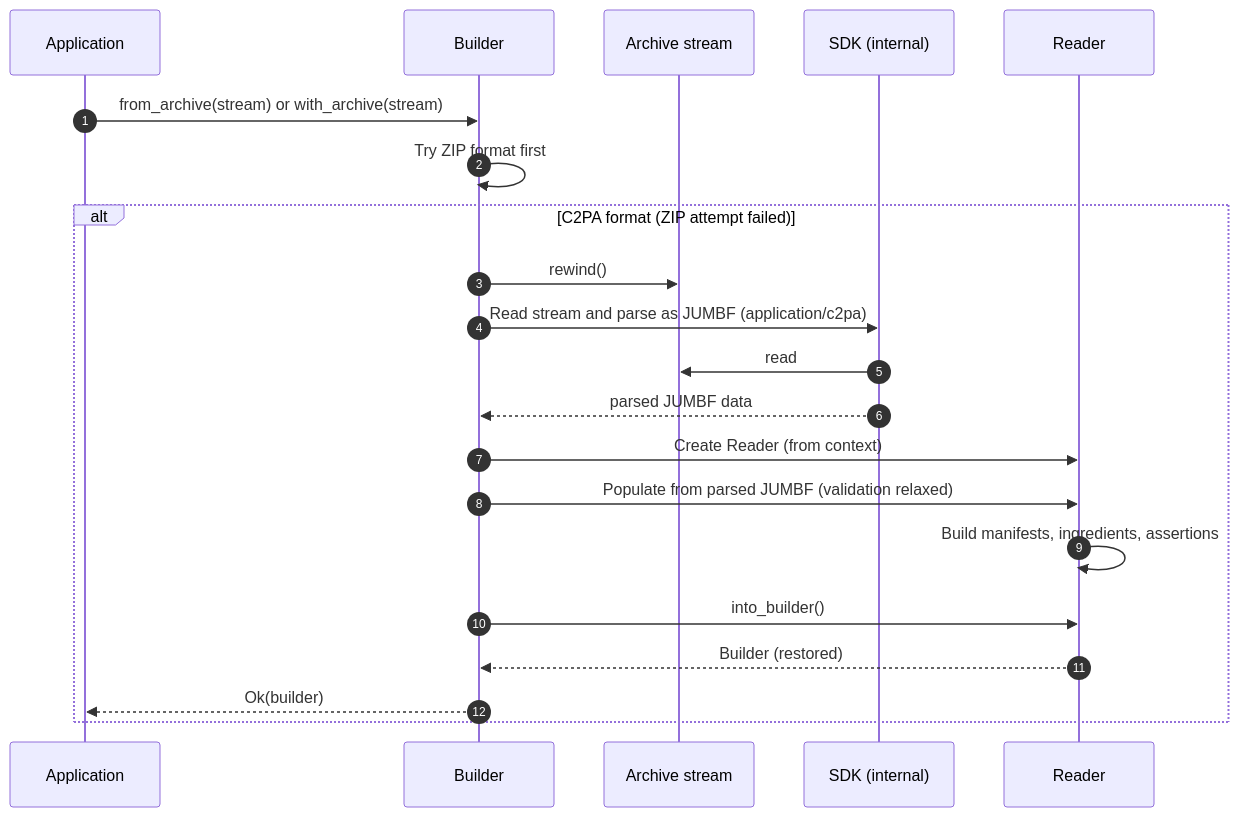
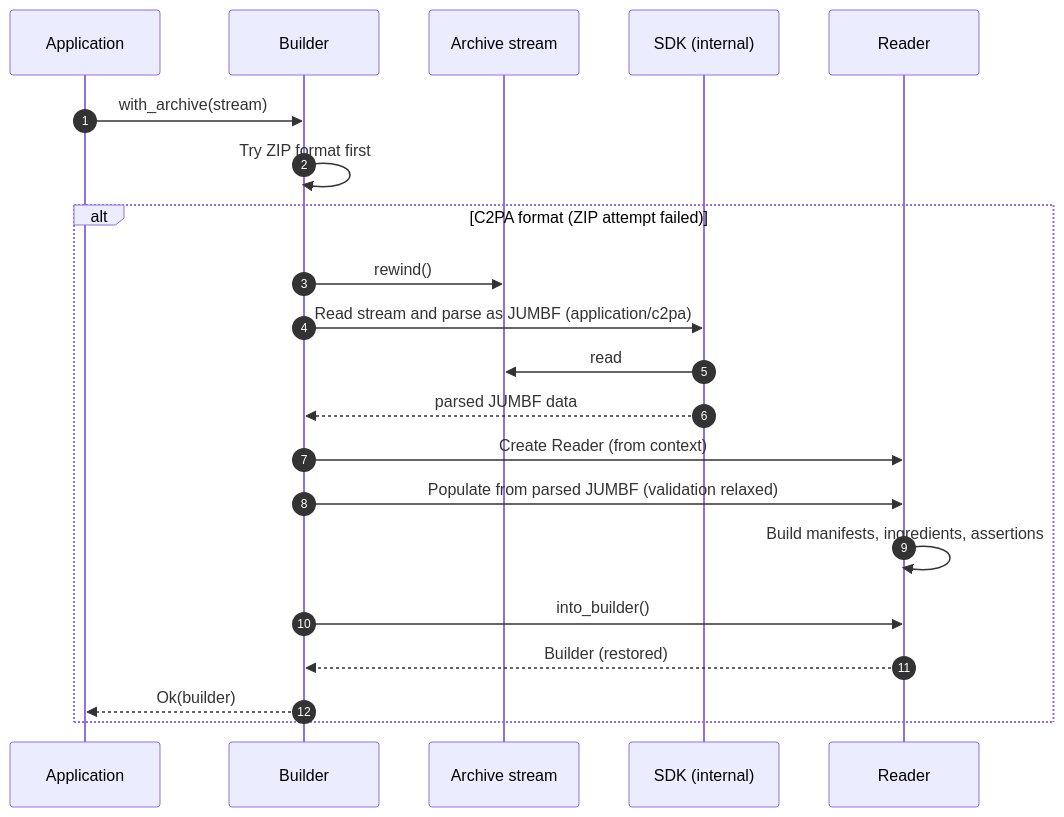
One commit to contentauth/c2pa-rs changed the second of 2 diagrams in docs/working-stores.md. Above: the diagram before and after it, drawn with Mermaid. The commit also changed other lines of this file and 23 other files, not shown here.

````diff
--- a/docs/working-stores.md
+++ b/docs/working-stores.md
@@ -102,24 +102,24 @@
 ```mermaid
 sequenceDiagram
     autonumber
     participant App as Application
     participant Builder as Builder
     participant ArchiveStream as Archive stream
     participant Internal as SDK (internal)
     participant Reader as Reader
 
-    App->>Builder: from_archive(stream) or with_archive(stream)
+    App->>Builder: with_archive(stream)
     Builder->>Builder: Try ZIP format first
     alt C2PA format (ZIP attempt failed)
         Builder->>ArchiveStream: rewind()
         Builder->>Internal: Read stream and parse as JUMBF (application/c2pa)
         Internal->>ArchiveStream: read
         Internal-->>Builder: parsed JUMBF data
         Builder->>Reader: Create Reader (from context)
         Builder->>Reader: Populate from parsed JUMBF (validation relaxed)
         Reader->>Reader: Build manifests, ingredients, assertions
         Builder->>Reader: into_builder()
         Reader-->>Builder: Builder (restored)
         Builder-->>App: Ok(builder)
     end
 ```
````
